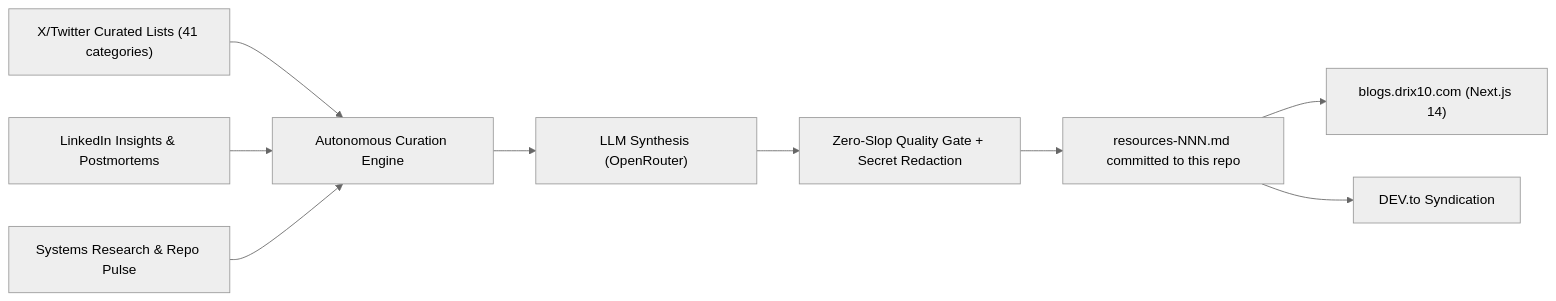
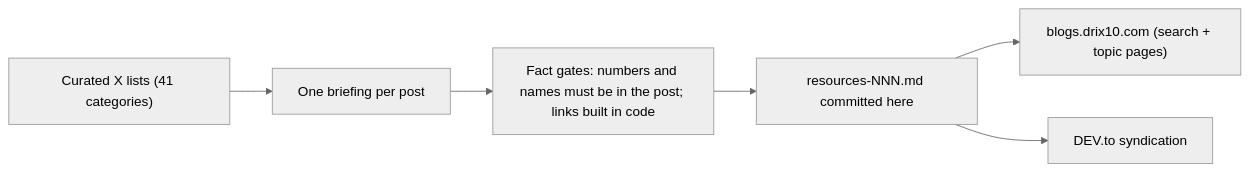
One commit to Drix10/ai-resources changed the diagram in README.md. Above: the diagram before and after it, drawn with Mermaid (neutral theme). The commit also changed other lines of this file and 7 other files, not shown here.

Commit message:
Repo landing page, CC BY 4.0 license, contributing guide, code of conduct, comparisons and issue templates

````diff
--- a/README.md
+++ b/README.md
@@ -63,11 +63,8 @@
 ```mermaid
 flowchart LR
-    A["X/Twitter Curated Lists (41 categories)"] --> D["Autonomous Curation Engine"]
-    B["LinkedIn Insights & Postmortems"] --> D
-    C["Systems Research & Repo Pulse"] --> D
-    D --> E["LLM Synthesis (OpenRouter)"]
-    E --> F["Zero-Slop Quality Gate + Secret Redaction"]
-    F --> G["resources-NNN.md committed to this repo"]
-    G --> H["blogs.drix10.com (Next.js 14)"]
-    G --> I["DEV.to Syndication"]
+    A["Curated X lists (41 categories)"] --> B["One briefing per post"]
+    B --> C["Fact gates: numbers and names must be in the post; links built in code"]
+    C --> D["resources-NNN.md committed here"]
+    D --> E["blogs.drix10.com (search + topic pages)"]
+    D --> F["DEV.to syndication"]
 ```
````
